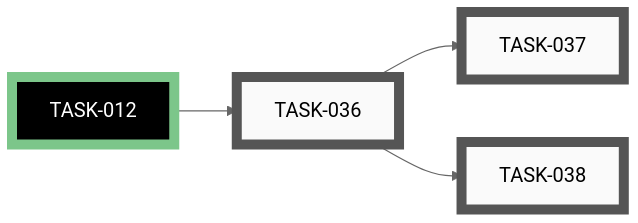
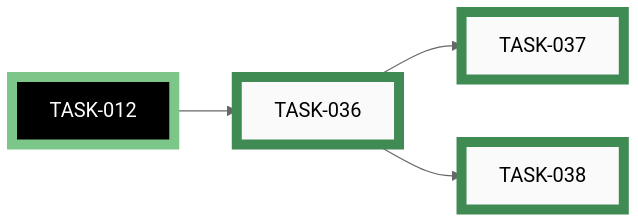
Before and after one commit to tgd1975/CircuitSmith: the fifth of 11 diagrams in docs/developers/tasks/EPICS.md, drawn with Mermaid (neutral theme). The commit also changed other lines of this file and 19 other files, not shown here.

First line of the commit message:
close EPIC-005: Circuit Skill — Markdown Block Integration

````diff
--- a/docs/developers/tasks/EPICS.md
+++ b/docs/developers/tasks/EPICS.md
@@ -316,22 +316,22 @@
 ```mermaid
 graph LR
-    TASK_036["TASK-036"]:::open
-    TASK_037["TASK-037"]:::open
-    TASK_038["TASK-038"]:::open
+    TASK_036["TASK-036"]:::closed
+    TASK_037["TASK-037"]:::closed
+    TASK_038["TASK-038"]:::closed
     TASK_012["TASK-012"]:::closedExt
     TASK_012 --> TASK_036
     TASK_036 --> TASK_037
     TASK_036 --> TASK_038
-    click TASK_036 "open/task-036-implement-markdown-block-rewrite.md"
-    click TASK_037 "open/task-037-implement-show-source-flag.md"
-    click TASK_038 "open/task-038-update-pre-commit-hook-for-circuit-yml.md"
+    click TASK_036 "closed/task-036-implement-markdown-block-rewrite.md"
+    click TASK_037 "closed/task-037-implement-show-source-flag.md"
+    click TASK_038 "closed/task-038-update-pre-commit-hook-for-circuit-yml.md"
     click TASK_012 "closed/task-012-implement-renderer.md"
     classDef open    fill:#FAFAFA,stroke:#555,stroke-width:8px,color:#000
     classDef active  fill:#FAFAFA,stroke:#1A6FA8,stroke-width:8px,color:#000
     classDef closed  fill:#FAFAFA,stroke:#3F8B53,stroke-width:8px,color:#000
     classDef paused  fill:#FAFAFA,stroke:#B07810,stroke-width:8px,color:#000
     classDef openExt    fill:#000,stroke:#888,stroke-width:8px,color:#FFF
     classDef activeExt  fill:#000,stroke:#3FA9F5,stroke-width:8px,color:#FFF
     classDef closedExt  fill:#000,stroke:#7CC68A,stroke-width:8px,color:#FFF
     classDef pausedExt  fill:#000,stroke:#F0B030,stroke-width:8px,color:#FFF
 ```
````
